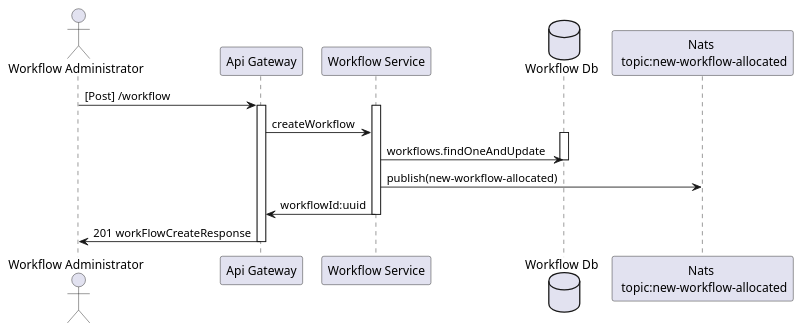
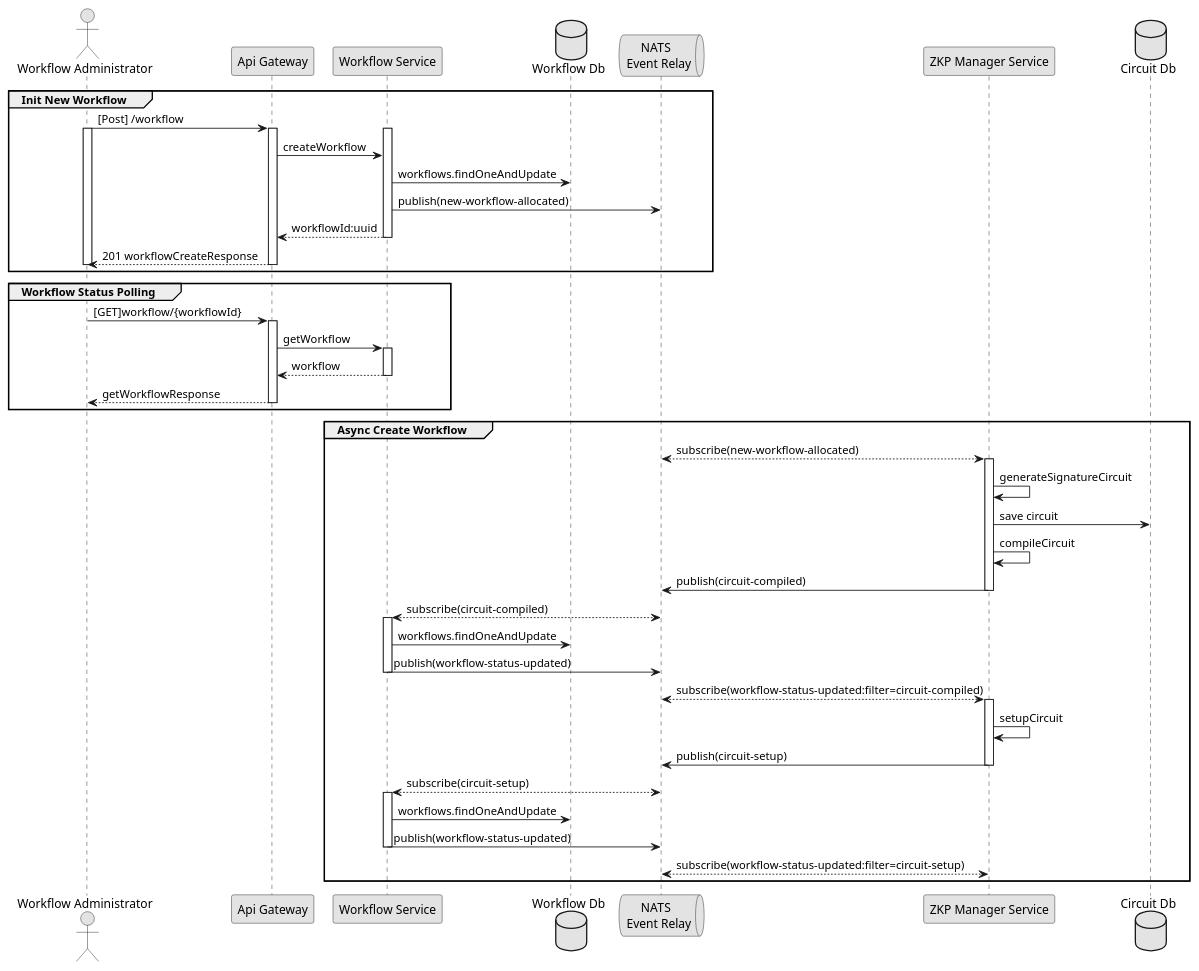
Before and after one commit to ethereum-oasis-op/baseline: the diagram in examples/bri-2/architecture/workflow-create-sequence.puml, drawn with PlantUML. The commit also changed 2 other files, not shown here.

```diff
--- a/examples/bri-2/architecture/workflow-create-sequence.puml
+++ b/examples/bri-2/architecture/workflow-create-sequence.puml
@@ -1,24 +1,67 @@
 @startuml Create Workflow Sequence
-
+skinparam monochrome true
 actor "Workflow Administrator" as wa
 participant "Api Gateway" as api 
 participant "Workflow Service" as ws
 database "Workflow Db" as wdb
-participant "Nats \n topic:new-workflow-allocated" as ntpc1
+queue "NATS \n Event Relay" as nats
+participant "ZKP Manager Service" as zkps
+database "Circuit Db" as zdb
 
-wa -> api: [Post] /workflow
-activate api
+group Init New Workflow
+    wa -> api: [Post] /workflow
+    activate wa
+        activate api
+            activate ws
+                api -> ws: createWorkflow
+                ws -> wdb: workflows.findOneAndUpdate
+                ws -> nats: publish(new-workflow-allocated)
+                ws --> api: workflowId:uuid
+            deactivate ws    
+            api --> wa: 201 workflowCreateResponse
+        deactivate api
+    deactivate wa 
+end
 
-activate ws
-api -> ws: createWorkflow
+group Workflow Status Polling 
+    wa -> api: [GET]workflow/{workflowId}
+    activate api
+        api -> ws: getWorkflow
+        activate ws
+            ws --> api: workflow
+        deactivate ws
+        api --> wa: getWorkflowResponse
+    deactivate api
+end
 
-activate wdb
-ws -> wdb: workflows.findOneAndUpdate
-deactivate wdb
+group Async Create Workflow
+    zkps <--> nats: subscribe(new-workflow-allocated)
+    activate zkps
+        zkps -> zkps: generateSignatureCircuit
+        zkps -> zdb: save circuit
+        zkps -> zkps: compileCircuit
+        zkps -> nats: publish(circuit-compiled)
+    deactivate zkps
 
-ws -> ntpc1: publish(new-workflow-allocated)
-ws -> api: workflowId:uuid
-deactivate ws
-api -> wa: 201 workFlowCreateResponse
-deactivate api
+    ws <--> nats: subscribe(circuit-compiled)
+    activate ws
+        ws -> wdb: workflows.findOneAndUpdate
+        ws -> nats: publish(workflow-status-updated)
+    deactivate ws 
+
+    nats <--> zkps: subscribe(workflow-status-updated:filter=circuit-compiled)
+    activate zkps
+        zkps -> zkps: setupCircuit
+        zkps -> nats: publish(circuit-setup)
+    deactivate zkps
+
+    ws <--> nats: subscribe(circuit-setup)
+    activate ws
+        ws -> wdb: workflows.findOneAndUpdate
+        ws -> nats: publish(workflow-status-updated)
+    deactivate ws
+
+    nats <--> zkps: subscribe(workflow-status-updated:filter=circuit-setup)
+
+end
 @enduml
```
